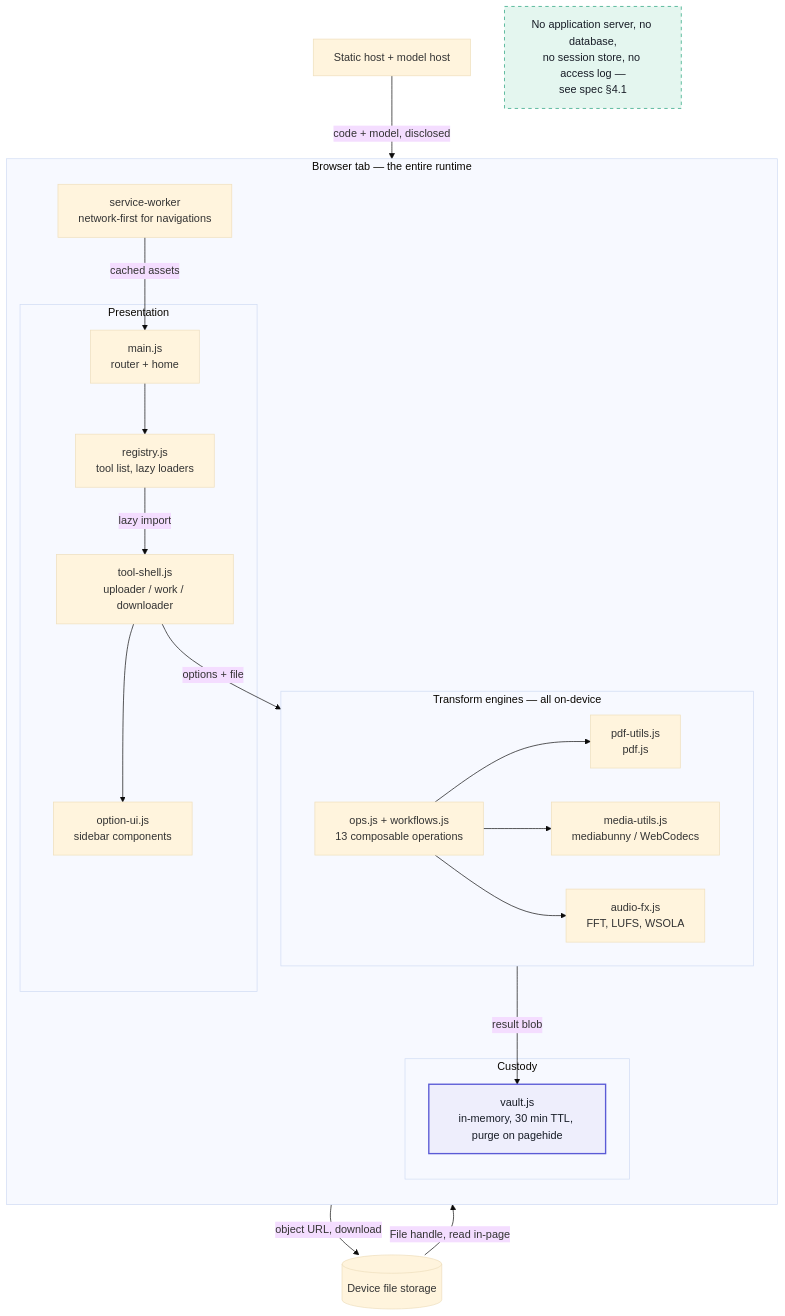
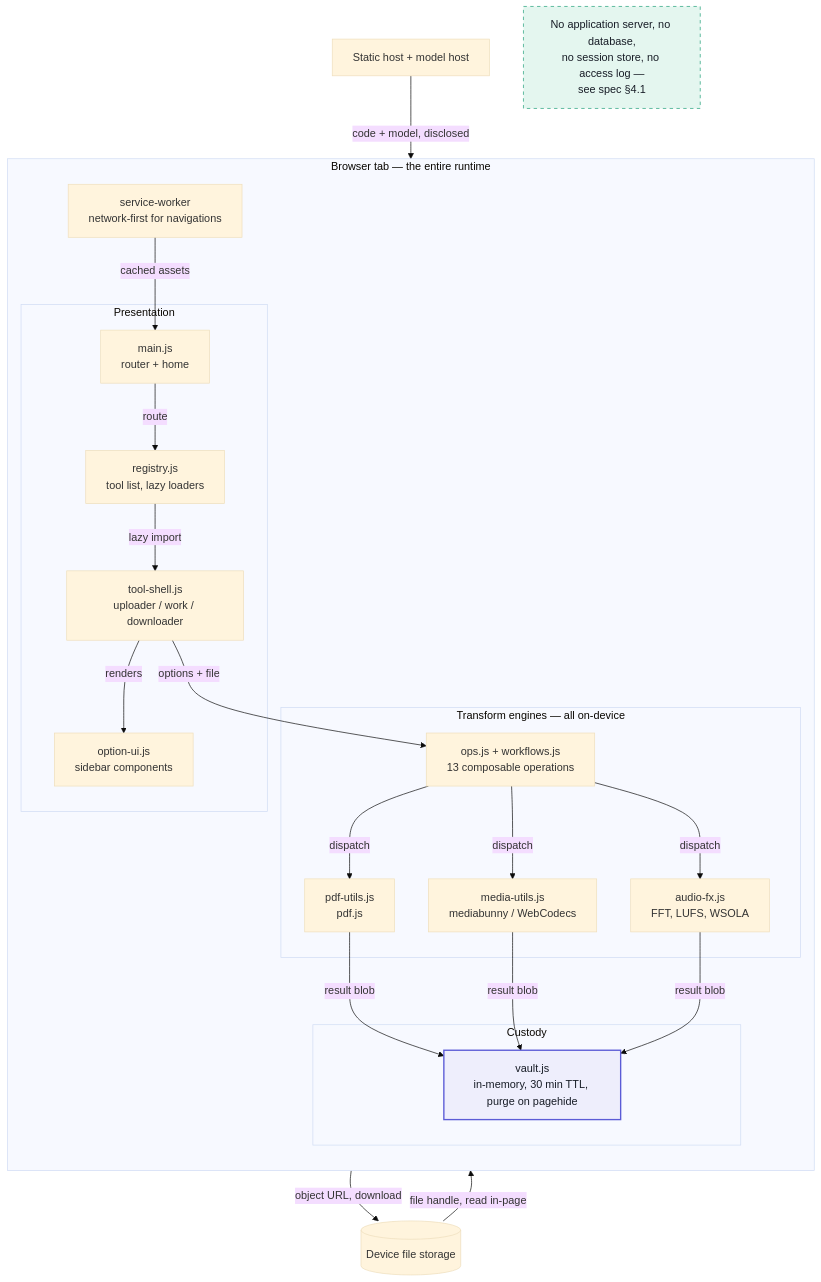
One commit to Thiha-Lynn/unilab changed the second of 3 diagrams in .docs/02-design/diagrams.md. Above: the diagram before and after it, drawn with Mermaid (base theme). The commit also changed other lines of this file and 1 other file, not shown here.

````diff
--- a/.docs/02-design/diagrams.md
+++ b/.docs/02-design/diagrams.md
@@ -109,46 +119,48 @@
 ```mermaid
 flowchart TB
     subgraph TAB["Browser tab — the entire runtime"]
         direction TB
 
         subgraph SHELL["Presentation"]
             MAIN["main.js<br/>router + home"]
             REG["registry.js<br/>tool list, lazy loaders"]
             TS["tool-shell.js<br/>uploader / work / downloader"]
             OUI["option-ui.js<br/>sidebar components"]
         end
 
         subgraph ENGINE["Transform engines — all on-device"]
             PDF["pdf-utils.js<br/>pdf.js"]
             MEDIA["media-utils.js<br/>mediabunny / WebCodecs"]
             AUDIO["audio-fx.js<br/>FFT, LUFS, WSOLA"]
             OPS["ops.js + workflows.js<br/>13 composable operations"]
         end
 
         subgraph CUSTODY["Custody"]
             VAULT["vault.js<br/>in-memory, 30 min TTL, purge on pagehide"]
         end
 
         SW["service-worker<br/>network-first for navigations"]
     end
 
     FILE[("Device file storage")]
     CDN["Static host + model host"]
 
-    FILE -- "File handle, read in-page" --> TS
-    MAIN --> REG
+    FILE -- "file handle, read in-page" --> TS
+    MAIN -- "route" --> REG
     REG -- "lazy import" --> TS
-    TS --> OUI
-    TS -- "options + file" --> ENGINE
-    OPS --> PDF
-    OPS --> MEDIA
-    OPS --> AUDIO
-    ENGINE -- "result blob" --> VAULT
+    TS -- "renders" --> OUI
+    TS -- "options + file" --> OPS
+    OPS -- "dispatch" --> PDF
+    OPS -- "dispatch" --> MEDIA
+    OPS -- "dispatch" --> AUDIO
+    PDF -- "result blob" --> VAULT
+    MEDIA -- "result blob" --> VAULT
+    AUDIO -- "result blob" --> VAULT
     VAULT -- "object URL, download" --> FILE
     CDN -- "code + model, disclosed" --> SW
     SW -- "cached assets" --> MAIN
 
     NOSRV["No application server, no database,<br/>no session store, no access log —<br/>see spec §4.1"]
     style NOSRV fill:#e4f6ef,stroke:#1d9e77,stroke-dasharray: 5 5,color:#171c26
     style VAULT fill:#eeeefc,stroke:#5b5bd6,stroke-width:2px,color:#171c26
 ```
````
